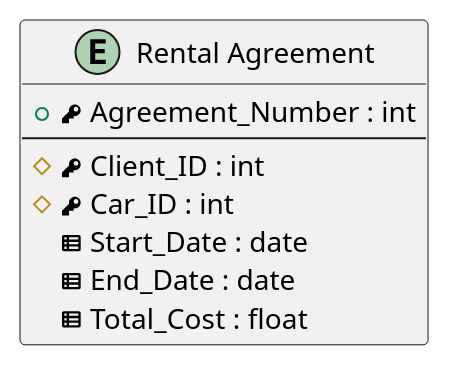
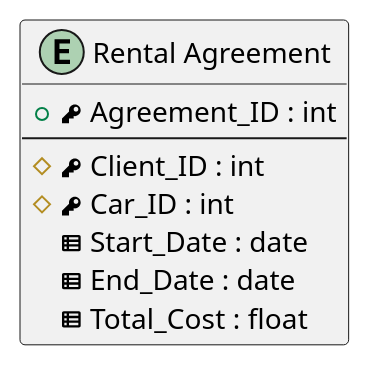
One commit to DmitryVasilkovW/ITMO-Database-design-labs-4-sem changed the diagram in Labs/Lab1/Tables/Entities/RentalAgreement.puml. Above: the diagram before and after it, drawn with PlantUML. The commit also changed 7 other files, not shown here.

```diff
--- a/Labs/Lab1/Tables/Entities/RentalAgreement.puml
+++ b/Labs/Lab1/Tables/Entities/RentalAgreement.puml
@@ -1,12 +1,12 @@
 @startuml
 entity "Rental Agreement" as rental
 {
-  + <&key> Agreement_Number : int
+  + <&key> Agreement_ID : int
   --
   # <&key> Client_ID : int
   # <&key> Car_ID : int
   <&spreadsheet> Start_Date : date
   <&spreadsheet> End_Date : date
   <&spreadsheet> Total_Cost : float
 }
 @enduml
```
